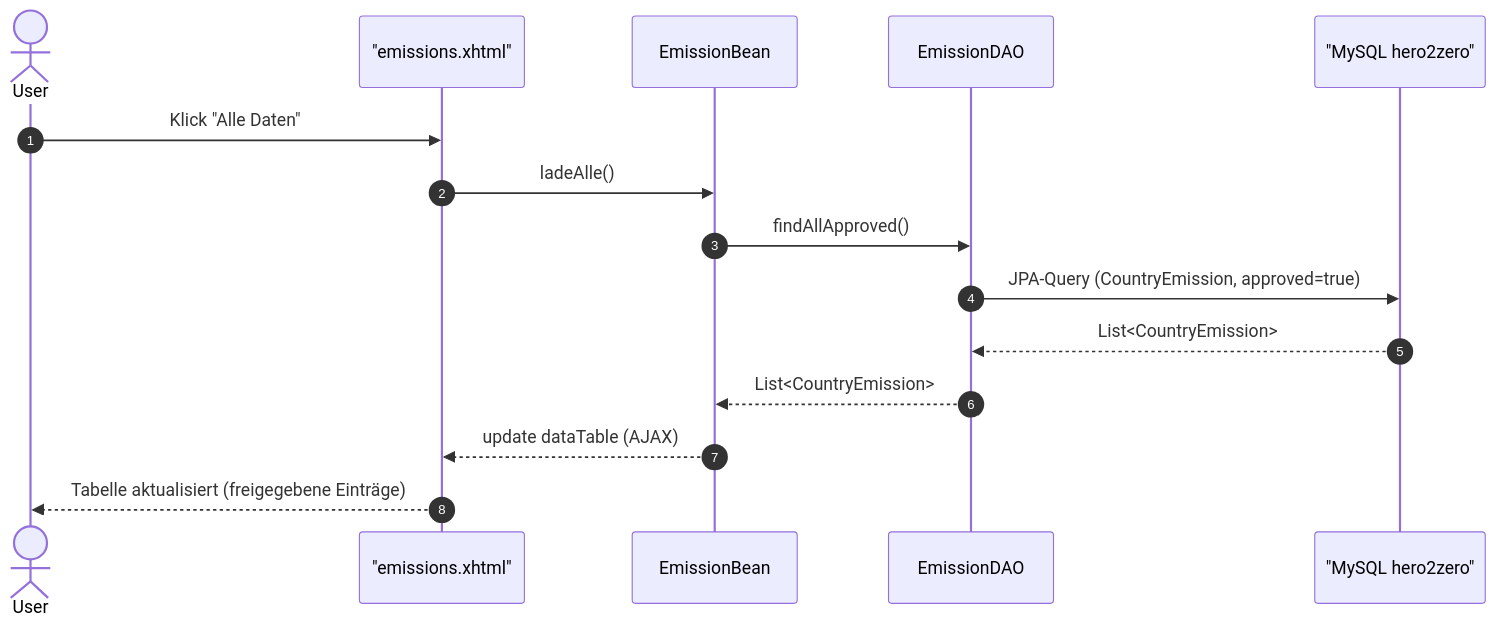
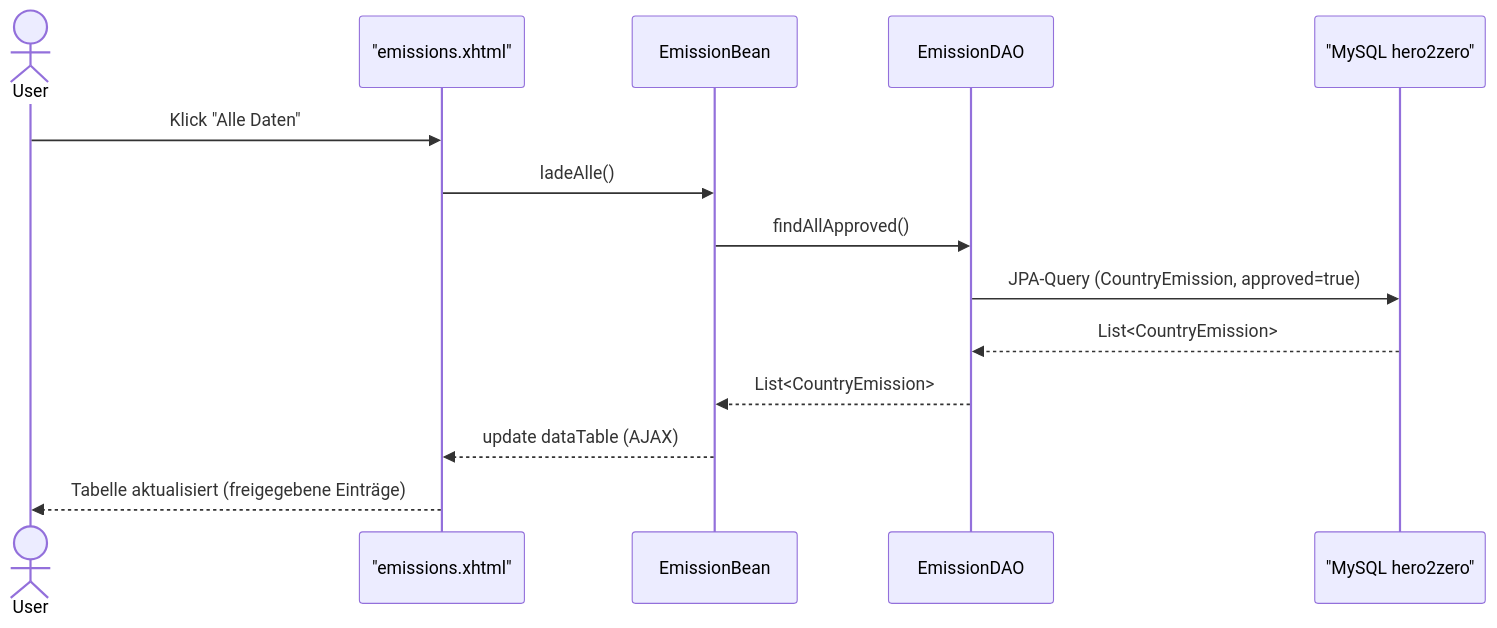
Before and after one commit to Seifroh/hero2zero: the fourth of 5 diagrams in README.md, drawn with Mermaid. The commit also changed other lines of this file, not shown here.

````diff
--- a/README.md
+++ b/README.md
@@ -127,18 +126,17 @@
 ```mermaid
 sequenceDiagram
-  autonumber
   actor User
   participant EmissionsPage as "emissions.xhtml"
   participant EmissionBean
   participant EmissionDAO
   participant DB as "MySQL hero2zero"
 
   User ->> EmissionsPage: Klick "Alle Daten"
   EmissionsPage ->> EmissionBean: ladeAlle()
   EmissionBean ->> EmissionDAO: findAllApproved()
   EmissionDAO ->> DB: JPA-Query (CountryEmission, approved=true)
   DB -->> EmissionDAO: List<CountryEmission>
   EmissionDAO -->> EmissionBean: List<CountryEmission>
   EmissionBean -->> EmissionsPage: update dataTable (AJAX)
   EmissionsPage -->> User: Tabelle aktualisiert (freigegebene Einträge)
 ```
````
